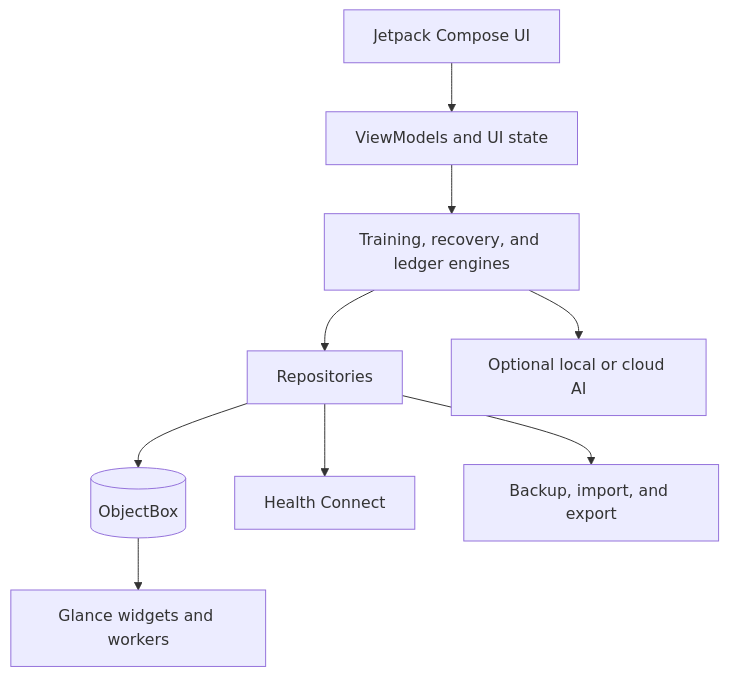
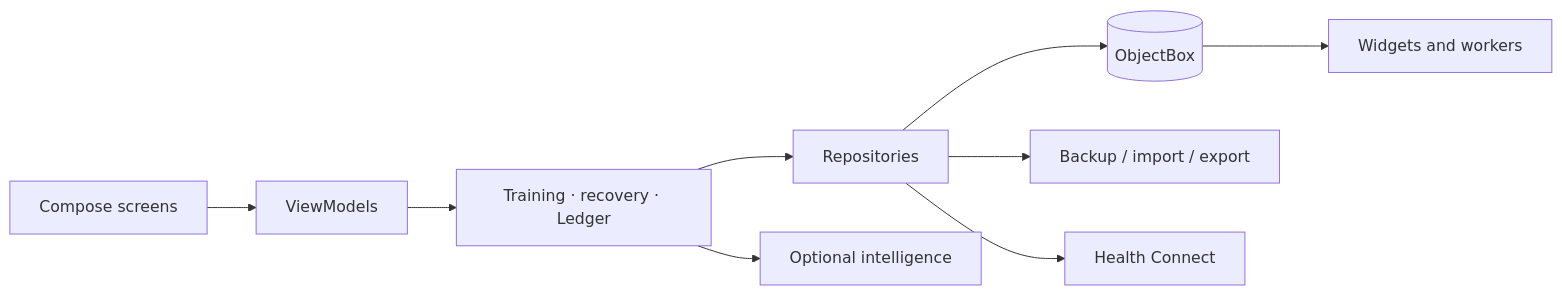
The diagram in README.md (Yannam-Builds/Ironlog), drawn with Mermaid before and after one commit. The commit also changed other lines of this file and 10 other files, not shown here.

````diff
--- a/README.md
+++ b/README.md
@@ -83,11 +62,11 @@
 ```mermaid
-flowchart TD
-    UI["Jetpack Compose UI"] --> VM["ViewModels and UI state"]
-    VM --> DOMAIN["Training, recovery, and ledger engines"]
-    DOMAIN --> REPOS["Repositories"]
-    REPOS --> DB[(ObjectBox)]
-    REPOS --> HC["Health Connect"]
-    DOMAIN --> AI["Optional local or cloud AI"]
-    REPOS --> PORT["Backup, import, and export"]
-    DB --> WIDGETS["Glance widgets and workers"]
+flowchart LR
+    UI["Compose screens"] --> STATE["ViewModels"]
+    STATE --> DOMAIN["Training · recovery · Ledger"]
+    DOMAIN --> DATA["Repositories"]
+    DATA --> DB[("ObjectBox")]
+    DATA --> PORT["Backup / import / export"]
+    DATA --> HC["Health Connect"]
+    DOMAIN --> AI["Optional intelligence"]
+    DB --> WIDGETS["Widgets and workers"]
 ```
````
